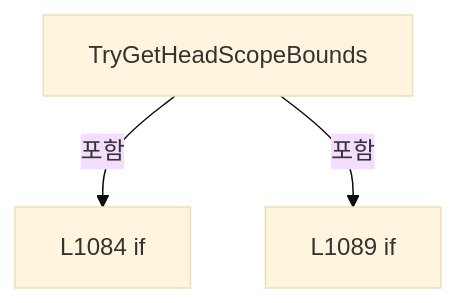
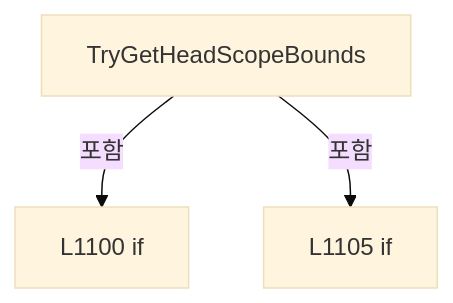
Before and after one commit to kjuws10-rgb/Shared: the seventh of 22 diagrams in A3 LD Code Ref/files/Drilling.UI/Menu/Menus/CReviewGlassPreviewBuilder.cs.md, drawn with Mermaid (base theme). The commit also changed other lines of this file and 2071 other files, not shown here.

Commit message:
docs(a3): update 11.19.0 architecture and code reference

````diff
--- a/A3 LD Code Ref/files/Drilling.UI/Menu/Menus/CReviewGlassPreviewBuilder.cs.md
+++ b/A3 LD Code Ref/files/Drilling.UI/Menu/Menus/CReviewGlassPreviewBuilder.cs.md
@@ -1741,8 +1756,8 @@
 ```mermaid
 flowchart TD
  M["TryGetHeadScopeBounds"]
- N0["L1084 if"]
+ N0["L1100 if"]
  M -->|포함| N0
- N1["L1089 if"]
+ N1["L1105 if"]
  M -->|포함| N1
 ```
````
